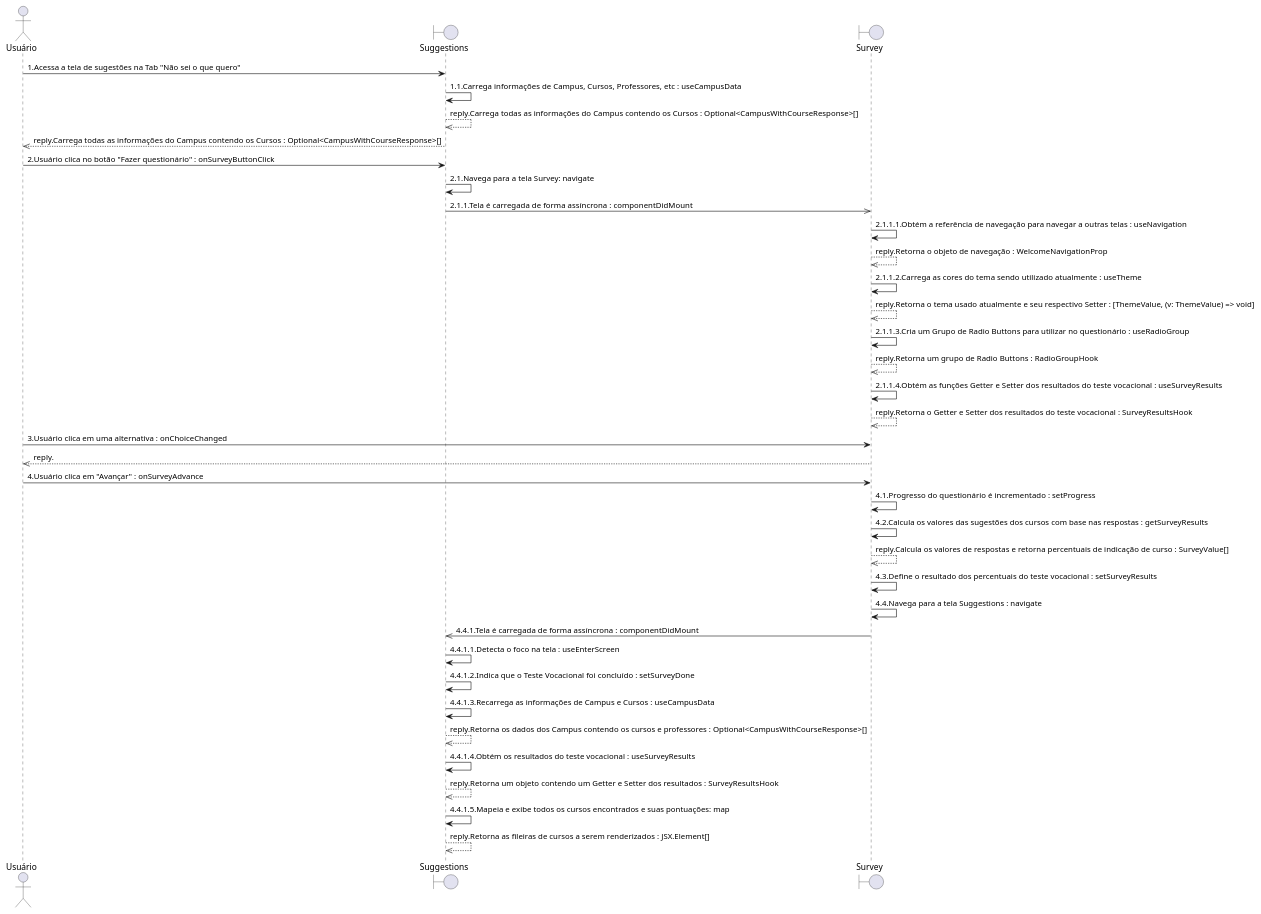
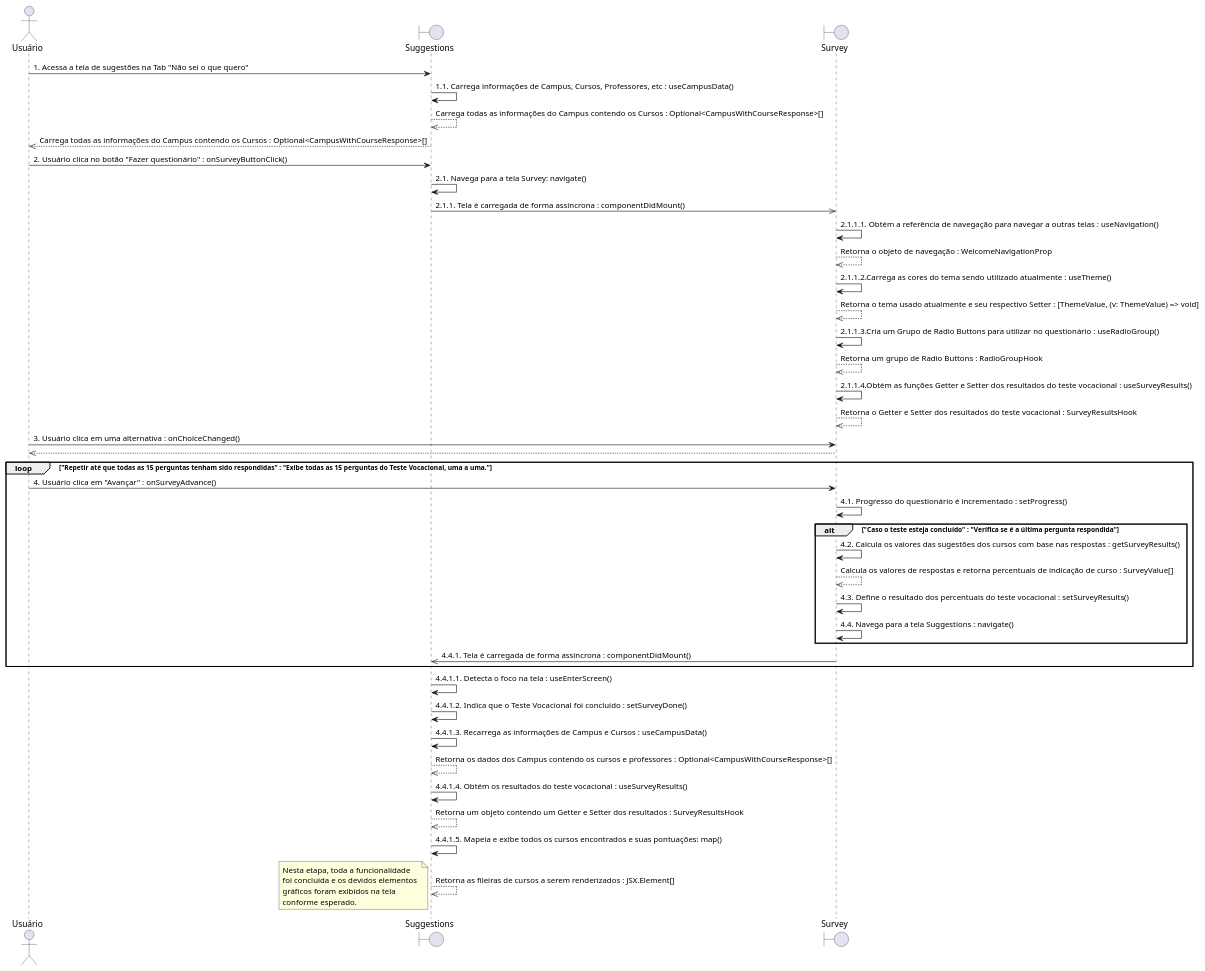
One commit to MurylloEx/Seja-UPE-Docs changed the diagram in src/C1. Visão Geral/C2. Sistema/C3. Aplicação Mobile (Client)/C4. Visão de Processo/[PUML] Sequência - Teste Vocacional.puml. Above: the diagram before and after it, drawn with PlantUML. The commit also changed 34 other files, not shown here.

Commit message:
:sparkles: feature: Added ALL C4 diagrams.

```diff
--- a/src/C1. Visão Geral/C2. Sistema/C3. Aplicação Mobile (Client)/C4. Visão de Processo/[PUML] Sequência - Teste Vocacional.puml
+++ b/src/C1. Visão Geral/C2. Sistema/C3. Aplicação Mobile (Client)/C4. Visão de Processo/[PUML] Sequência - Teste Vocacional.puml
@@ -1,40 +1,50 @@
-@startuml
+@startuml "Sequence Diagram"
 
-actor "Usuário"
-boundary "Suggestions"
-boundary "Survey"
+actor "Usuário"         as USER
+boundary "Suggestions"  as SUGGESTIONS
+boundary "Survey"       as SURVEY
 
-"Usuário" -> "Suggestions":1.Acessa a tela de sugestões na Tab "Não sei o que quero"
-"Suggestions" -> "Suggestions":1.1.Carrega informações de Campus, Cursos, Professores, etc : useCampusData
-"Suggestions" -->> "Suggestions":reply.Carrega todas as informações do Campus contendo os Cursos : Optional<CampusWithCourseResponse>[]
-"Suggestions" -->> "Usuário":reply.Carrega todas as informações do Campus contendo os Cursos : Optional<CampusWithCourseResponse>[]
-"Usuário" -> "Suggestions":2.Usuário clica no botão "Fazer questionário" : onSurveyButtonClick
-"Suggestions" -> "Suggestions":2.1.Navega para a tela Survey: navigate
-"Suggestions" ->> "Survey":2.1.1.Tela é carregada de forma assíncrona : componentDidMount
-"Survey" -> "Survey":2.1.1.1.Obtém a referência de navegação para navegar a outras telas : useNavigation
-"Survey" -->> "Survey":reply.Retorna o objeto de navegação : WelcomeNavigationProp
-"Survey" -> "Survey":2.1.1.2.Carrega as cores do tema sendo utilizado atualmente : useTheme
-"Survey" -->> "Survey":reply.Retorna o tema usado atualmente e seu respectivo Setter : [ThemeValue, (v: ThemeValue) => void]
-"Survey" -> "Survey":2.1.1.3.Cria um Grupo de Radio Buttons para utilizar no questionário : useRadioGroup
-"Survey" -->> "Survey":reply.Retorna um grupo de Radio Buttons : RadioGroupHook
-"Survey" -> "Survey":2.1.1.4.Obtém as funções Getter e Setter dos resultados do teste vocacional : useSurveyResults
-"Survey" -->> "Survey":reply.Retorna o Getter e Setter dos resultados do teste vocacional : SurveyResultsHook
-"Usuário" -> "Survey":3.Usuário clica em uma alternativa : onChoiceChanged
-"Survey" -->> "Usuário":reply.
-"Usuário" -> "Survey":4.Usuário clica em "Avançar" : onSurveyAdvance
-"Survey" -> "Survey":4.1.Progresso do questionário é incrementado : setProgress
-"Survey" -> "Survey":4.2.Calcula os valores das sugestões dos cursos com base nas respostas : getSurveyResults
-"Survey" -->> "Survey":reply.Calcula os valores de respostas e retorna percentuais de indicação de curso : SurveyValue[]
-"Survey" -> "Survey":4.3.Define o resultado dos percentuais do teste vocacional : setSurveyResults
-"Survey" -> "Survey":4.4.Navega para a tela Suggestions : navigate
-"Survey" ->> "Suggestions":4.4.1.Tela é carregada de forma assíncrona : componentDidMount
-"Suggestions" -> "Suggestions":4.4.1.1.Detecta o foco na tela : useEnterScreen
-"Suggestions" -> "Suggestions":4.4.1.2.Indica que o Teste Vocacional foi concluído : setSurveyDone
-"Suggestions" -> "Suggestions":4.4.1.3.Recarrega as informações de Campus e Cursos : useCampusData
-"Suggestions" -->> "Suggestions":reply.Retorna os dados dos Campus contendo os cursos e professores : Optional<CampusWithCourseResponse>[]
-"Suggestions" -> "Suggestions":4.4.1.4.Obtém os resultados do teste vocacional : useSurveyResults
-"Suggestions" -->> "Suggestions":reply.Retorna um objeto contendo um Getter e Setter dos resultados : SurveyResultsHook
-"Suggestions" -> "Suggestions":4.4.1.5.Mapeia e exibe todos os cursos encontrados e suas pontuações: map
-"Suggestions" -->> "Suggestions":reply.Retorna as fileiras de cursos a serem renderizados : JSX.Element[]
+USER -> SUGGESTIONS : 1. Acessa a tela de sugestões na Tab "Não sei o que quero"
+SUGGESTIONS -> SUGGESTIONS : 1.1. Carrega informações de Campus, Cursos, Professores, etc : useCampusData()
+SUGGESTIONS -->> SUGGESTIONS : Carrega todas as informações do Campus contendo os Cursos : Optional<CampusWithCourseResponse>[]
+SUGGESTIONS -->> USER : Carrega todas as informações do Campus contendo os Cursos : Optional<CampusWithCourseResponse>[]
+USER -> SUGGESTIONS : 2. Usuário clica no botão "Fazer questionário" : onSurveyButtonClick()
+SUGGESTIONS -> SUGGESTIONS : 2.1. Navega para a tela Survey: navigate()
+SUGGESTIONS ->> SURVEY : 2.1.1. Tela é carregada de forma assíncrona : componentDidMount()
+SURVEY -> SURVEY : 2.1.1.1. Obtém a referência de navegação para navegar a outras telas : useNavigation()
+SURVEY -->> SURVEY : Retorna o objeto de navegação : WelcomeNavigationProp
+SURVEY -> SURVEY : 2.1.1.2.Carrega as cores do tema sendo utilizado atualmente : useTheme()
+SURVEY -->> SURVEY : Retorna o tema usado atualmente e seu respectivo Setter : [ThemeValue, (v: ThemeValue) => void]
+SURVEY -> SURVEY : 2.1.1.3.Cria um Grupo de Radio Buttons para utilizar no questionário : useRadioGroup()
+SURVEY -->> SURVEY : Retorna um grupo de Radio Buttons : RadioGroupHook
+SURVEY -> SURVEY : 2.1.1.4.Obtém as funções Getter e Setter dos resultados do teste vocacional : useSurveyResults()
+SURVEY -->> SURVEY : Retorna o Getter e Setter dos resultados do teste vocacional : SurveyResultsHook
+USER -> SURVEY : 3. Usuário clica em uma alternativa : onChoiceChanged()
+SURVEY -->> USER
+loop "Repetir até que todas as 15 perguntas tenham sido respondidas" : "Exibe todas as 15 perguntas do Teste Vocacional, uma a uma."
+  USER -> SURVEY : 4. Usuário clica em "Avançar" : onSurveyAdvance()
+  SURVEY -> SURVEY : 4.1. Progresso do questionário é incrementado : setProgress()
+  alt "Caso o teste esteja concluído" : "Verifica se é a última pergunta respondida"
+    SURVEY -> SURVEY : 4.2. Calcula os valores das sugestões dos cursos com base nas respostas : getSurveyResults()
+    SURVEY -->> SURVEY : Calcula os valores de respostas e retorna percentuais de indicação de curso : SurveyValue[]
+    SURVEY -> SURVEY : 4.3. Define o resultado dos percentuais do teste vocacional : setSurveyResults()
+    SURVEY -> SURVEY : 4.4. Navega para a tela Suggestions : navigate()
+  end
+  SURVEY ->> SUGGESTIONS : 4.4.1. Tela é carregada de forma assíncrona : componentDidMount()
+end
+SUGGESTIONS -> SUGGESTIONS : 4.4.1.1. Detecta o foco na tela : useEnterScreen()
+SUGGESTIONS -> SUGGESTIONS : 4.4.1.2. Indica que o Teste Vocacional foi concluído : setSurveyDone()
+SUGGESTIONS -> SUGGESTIONS : 4.4.1.3. Recarrega as informações de Campus e Cursos : useCampusData()
+SUGGESTIONS -->> SUGGESTIONS : Retorna os dados dos Campus contendo os cursos e professores : Optional<CampusWithCourseResponse>[]
+SUGGESTIONS -> SUGGESTIONS : 4.4.1.4. Obtém os resultados do teste vocacional : useSurveyResults()
+SUGGESTIONS -->> SUGGESTIONS : Retorna um objeto contendo um Getter e Setter dos resultados : SurveyResultsHook
+SUGGESTIONS -> SUGGESTIONS : 4.4.1.5. Mapeia e exibe todos os cursos encontrados e suas pontuações: map()
+SUGGESTIONS -->> SUGGESTIONS : Retorna as fileiras de cursos a serem renderizados : JSX.Element[]
+note left
+  Nesta etapa, toda a funcionalidade 
+  foi concluída e os devidos elementos 
+  gráficos foram exibidos na tela 
+  conforme esperado.
+end note
 
 @enduml
```
